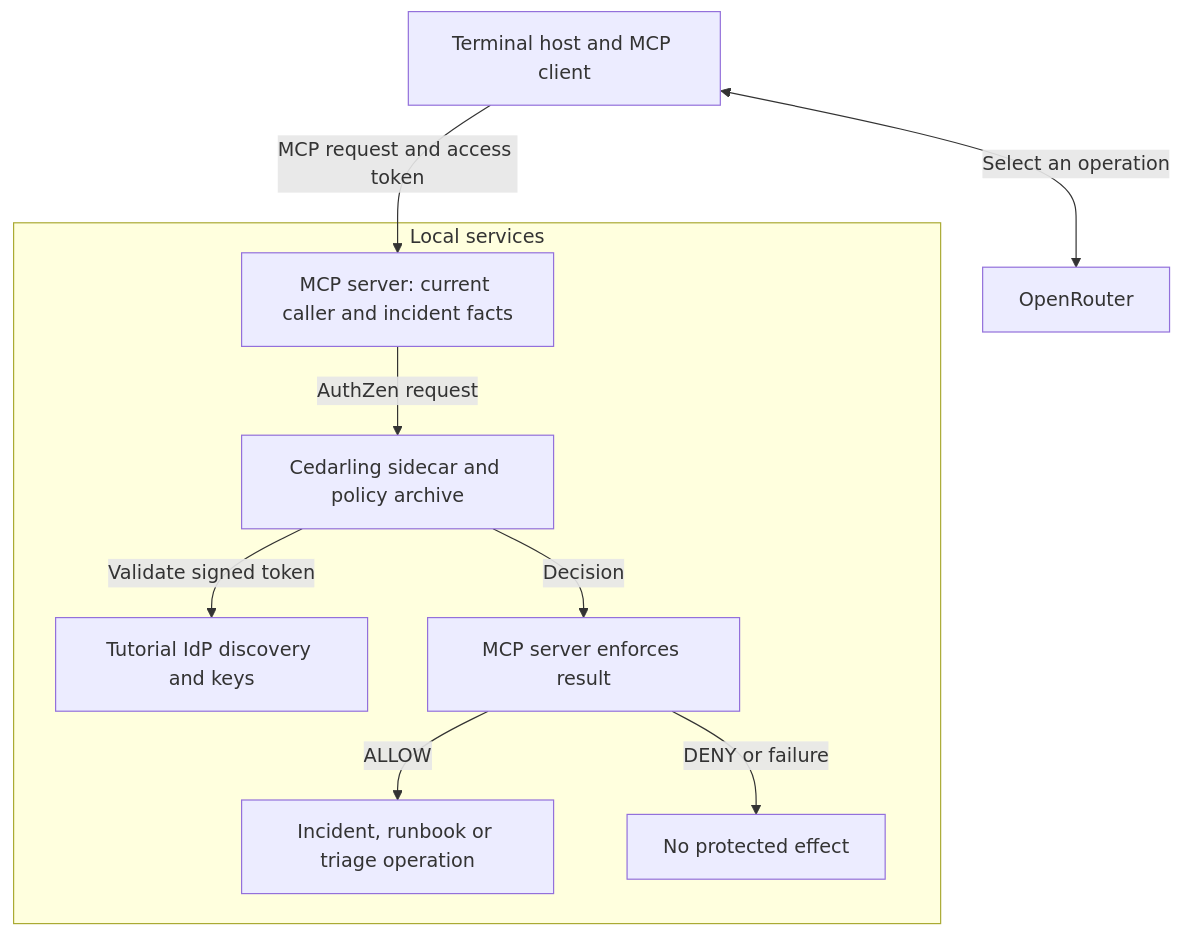
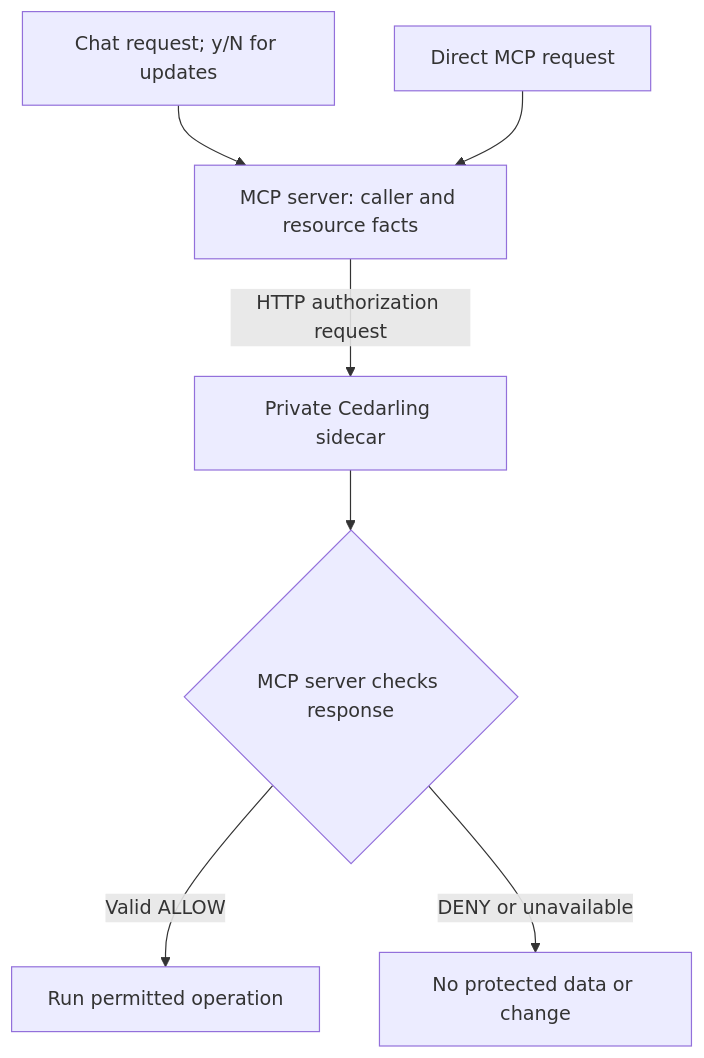
Before and after one commit to GluuFederation/cedarling-tutorials: the diagram in p3-mcp-capability-governance/docs/tutorials.md, drawn with Mermaid. The commit also changed other lines of this file and 29 other files, not shown here.

Commit message:
docs: improve P1-P5 tutorial reading flow

````diff
--- a/p3-mcp-capability-governance/docs/tutorials.md
+++ b/p3-mcp-capability-governance/docs/tutorials.md
@@ -72,14 +300,11 @@
 ```mermaid
 flowchart TD
-    accTitle: MCP enforcement with a private Cedarling sidecar
-    accDescr: The terminal uses OpenRouter to select work. The MCP server consults a separate Cedarling sidecar and enforces its response before accessing incidents, runbooks or prompts.
-    Host["Terminal host and MCP client"] <-->|"Select an operation"| Model["OpenRouter"]
-    Host -->|"MCP request and access token"| Server
-    subgraph Local["Local services"]
-        Server["MCP server: current caller and incident facts"] -->|"AuthZen request"| PDP["Cedarling sidecar and policy archive"]
-        PDP -->|"Validate signed token"| IdP["Tutorial IdP discovery and keys"]
-        PDP -->|"Decision"| Check["MCP server enforces result"]
-        Check -->|"ALLOW"| Effect["Incident, runbook or triage operation"]
-        Check -->|"DENY or failure"| Stop["No protected effect"]
-    end
+    accTitle: The MCP server enforces the sidecar decision
+    accDescr: A model-selected or direct MCP request reaches the same server. The server supplies current facts to the private Cedarling sidecar, then stops or performs the operation based on its response.
+    Chat["Chat request; y/N for updates"] --> Server["MCP server: caller and resource facts"]
+    Direct["Direct MCP request"] --> Server
+    Server -->|"HTTP authorization request"| PDP["Private Cedarling sidecar"]
+    PDP --> Check{"MCP server checks response"}
+    Check -->|"Valid ALLOW"| Effect["Run permitted operation"]
+    Check -->|"DENY or unavailable"| Stop["No protected data or change"]
 ```
````
